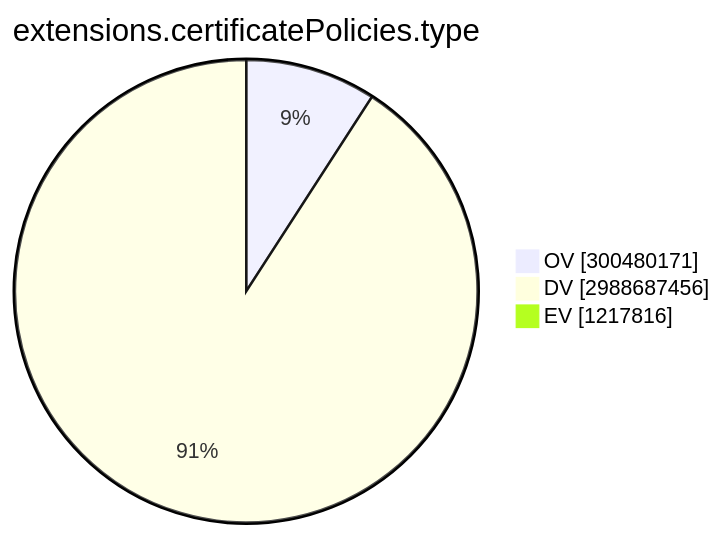
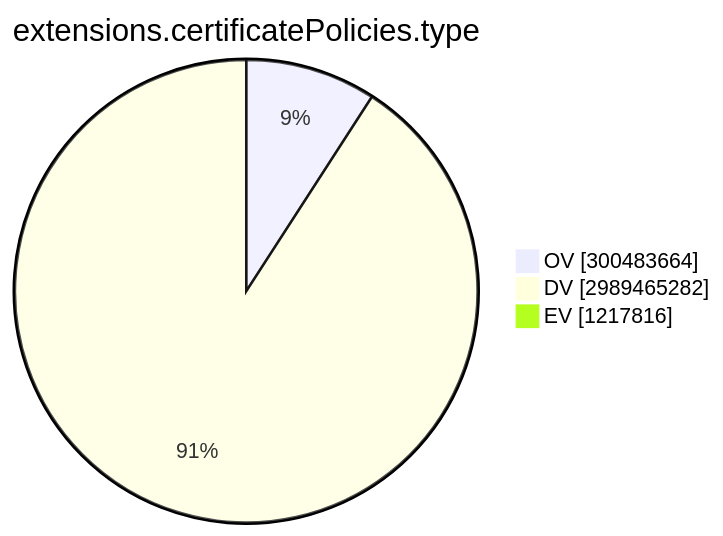
The ninth of 15 diagrams in TOTAL/README.md (christiankrug/ctmonitor_visualization), drawn with Mermaid before and after one commit. The commit also changed other lines of this file, not shown here.

````diff
--- a/TOTAL/README.md
+++ b/TOTAL/README.md
@@ -3102,7 +3102,7 @@
 ```mermaid
 pie showData
 title extensions.certificatePolicies.type
-"OV" :300480171
-"DV" :2988687456
+"OV" :300483664
+"DV" :2989465282
 "EV" :1217816
 ```
````
